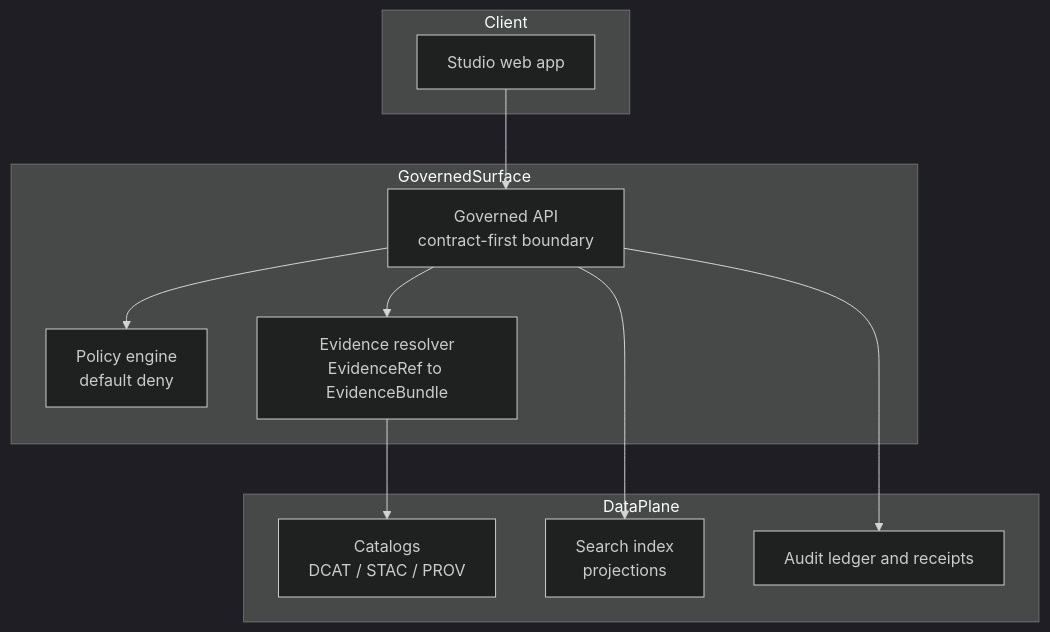
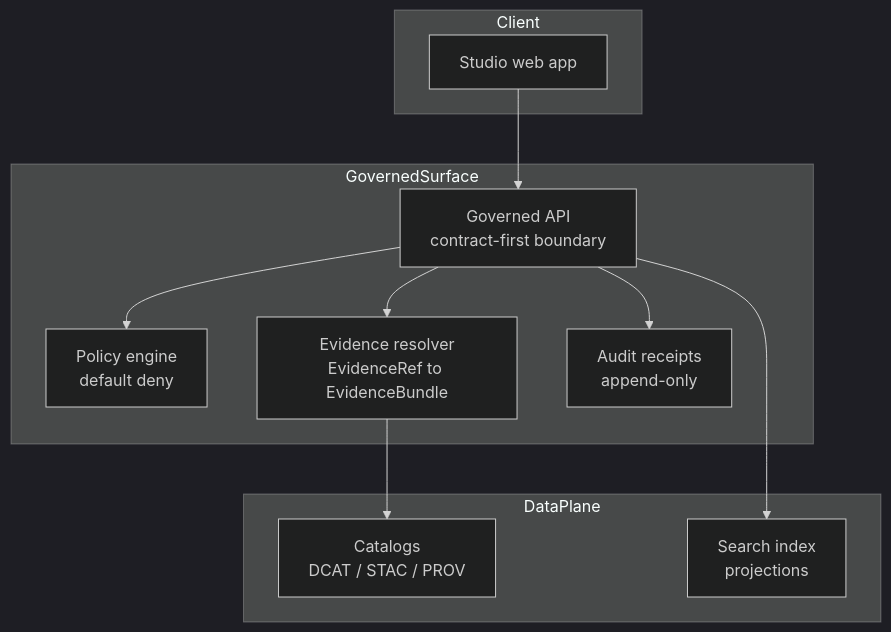
Before and after one commit to bartytime4life/Kansas-Frontier-Matrix: the second of 2 diagrams in apps/studio/README.md, drawn with Mermaid (dark theme). The commit also changed other lines of this file, not shown here.

````diff
--- a/apps/studio/README.md
+++ b/apps/studio/README.md
@@ -174,25 +239,25 @@
 ```mermaid
 flowchart TB
   subgraph Client
     S[Studio web app]
   end
 
   subgraph GovernedSurface
     API[Governed API<br/>contract-first boundary]
     POL[Policy engine<br/>default deny]
     EVD[Evidence resolver<br/>EvidenceRef to EvidenceBundle]
+    AUD[Audit receipts<br/>append-only]
   end
 
   subgraph DataPlane
     CAT[Catalogs<br/>DCAT / STAC / PROV]
     IDX[Search index<br/>projections]
-    AUD[Audit ledger and receipts]
   end
 
   S --> API
   API --> POL
   API --> EVD
+  API --> AUD
   EVD --> CAT
   API --> IDX
-  API --> AUD
 ```
````
